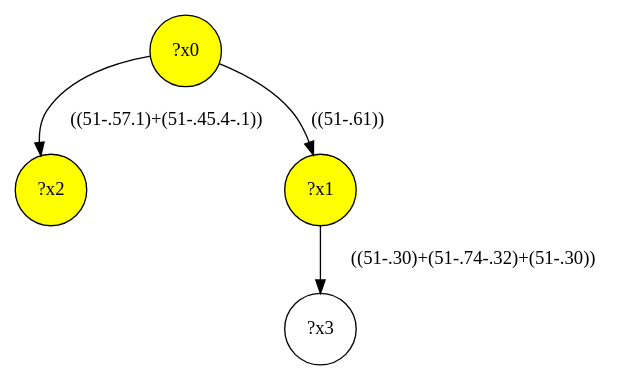
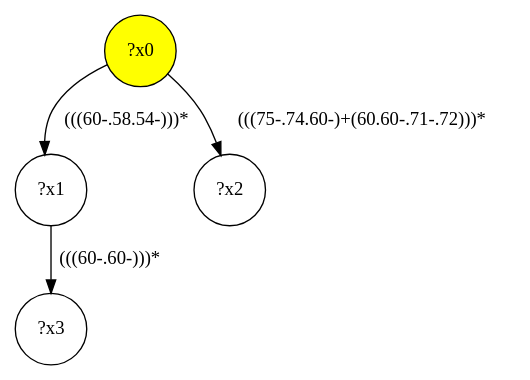
Before and after one commit to MathieuGicquel/federated-benchmark: the diagram in lib/gmark/demo/shop/shop-interface/query-1.dot, drawn with Graphviz. The commit also changed 354 other files, not shown here.

```diff
--- a/lib/gmark/demo/shop/shop-interface/query-1.dot
+++ b/lib/gmark/demo/shop/shop-interface/query-1.dot
@@ -1,9 +1,9 @@
 digraph g {
-	x2 [fillcolor="yellow", style="filled," shape=circle, label="?x2"];
-	x1 [fillcolor="yellow", style="filled," shape=circle, label="?x1"];
 	x0 [fillcolor="yellow", style="filled," shape=circle, label="?x0"];
-	x0 -> x1 [label="((51-.61))"];
-	x0 -> x2 [label="((51-.57.1)+(51-.45.4-.1))"];
+	x1 [shape=circle, label="?x1"];
+	x0 -> x1 [label="(((60-.58.54-)))*"];
+	x2 [shape=circle, label="?x2"];
+	x0 -> x2 [label="(((75-.74.60-)+(60.60-.71-.72)))*"];
 	x3 [shape=circle, label="?x3"];
-	x1 -> x3 [label="((51-.30)+(51-.74-.32)+(51-.30))"];
+	x1 -> x3 [label="(((60-.60-)))*"];
 }
```
